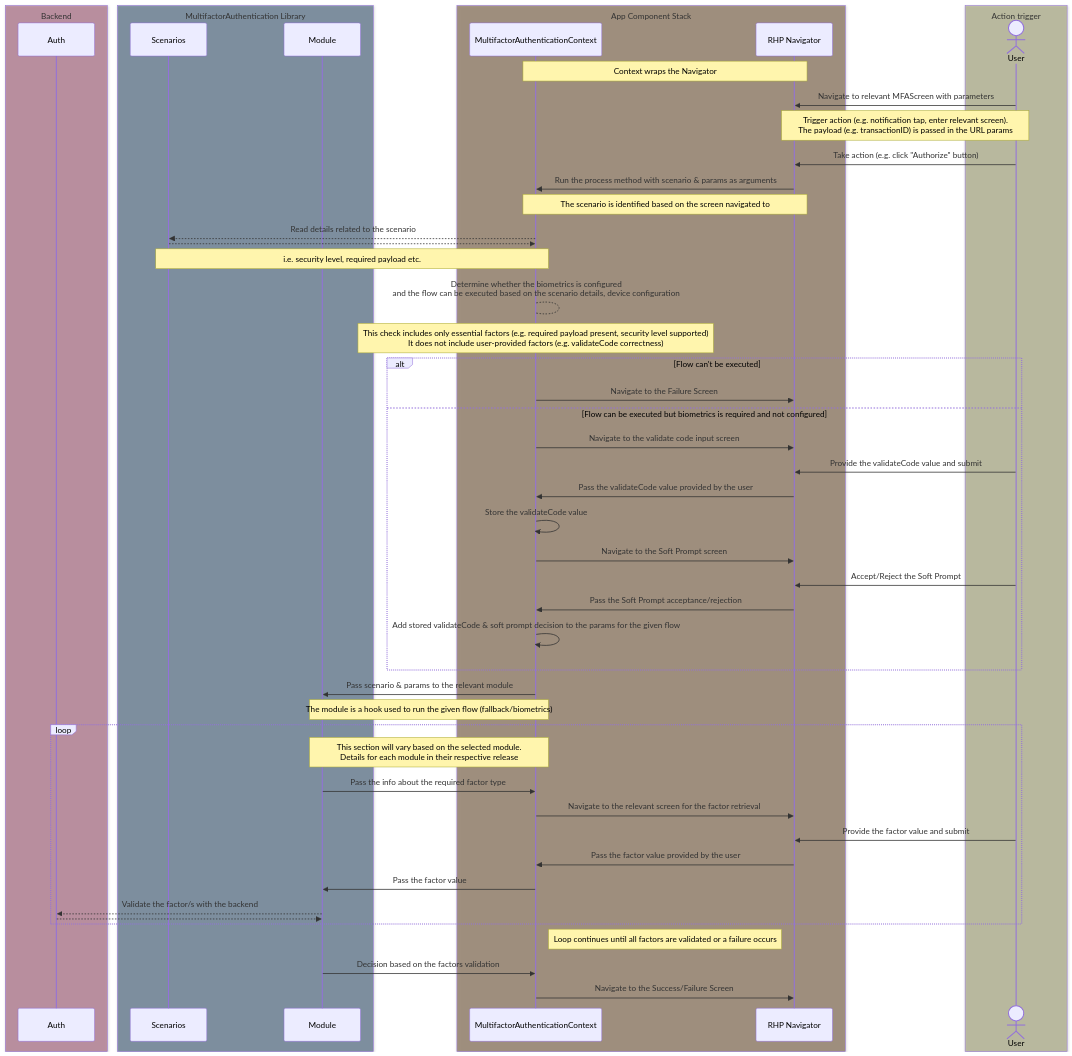
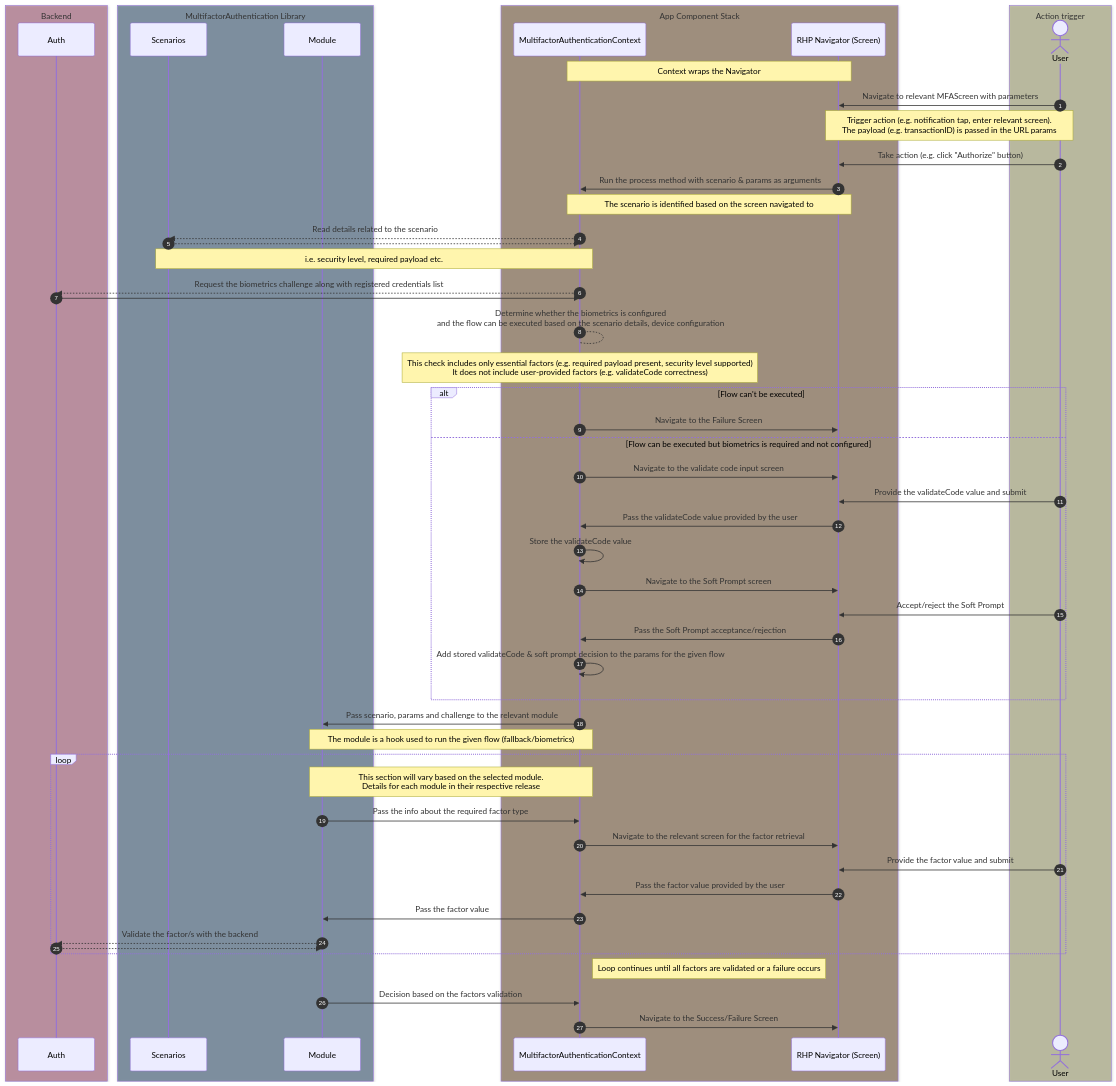
Before and after one commit to JakubKorytko/expensify-cards: the first of 6 diagrams in mermaid.md, drawn with Mermaid.

Commit message:
Update mermaid

````diff
--- a/mermaid.md
+++ b/mermaid.md
@@ -3,62 +3,64 @@
 ```mermaid
 sequenceDiagram
+    autonumber
     box rgba(150,66,99,0.5) Backend
         participant Server as Auth
     end
 
     box rgba(33,66,99,0.5) MultifactorAuthentication Library
         participant SC as Scenarios
         participant Module as Module
     end
 
     box rgba(99,66,33,0.5) App Component Stack
         participant MFACTX as MultifactorAuthenticationContext
-        participant RHPRHP as RHP Navigator
+        participant RHPRHP as RHP Navigator (Screen)
     end
 
 
     box rgba(150,150,99,0.5) Action trigger
         actor User
     end
 
     
     Note over MFACTX,RHPRHP: Context wraps the Navigator
     User->>RHPRHP: Navigate to relevant MFAScreen with parameters
     Note over User,RHPRHP: Trigger action (e.g. notification tap, enter relevant screen).<br />The payload (e.g. transactionID) is passed in the URL params
     User->>RHPRHP: Take action (e.g. click "Authorize" button)
-    
     RHPRHP->>MFACTX: Run the process method with scenario & params as arguments
         Note over RHPRHP,MFACTX: The scenario is identified based on the screen navigated to
     MFACTX-->>SC: Read details related to the scenario
     SC-->>MFACTX: ;
-        Note over MFACTX,SC: i.e. security level, required payload etc.
+        Note over MFACTX,SC: i.e. security level, required payload etc. 
+    MFACTX-->>Server: Request the biometrics challenge along with registered credentials list
+    Server->>MFACTX: ;
     MFACTX-->MFACTX: Determine whether the biometrics is configured<br /> and the flow can be executed based on the scenario details, device configuration
         Note over MFACTX: This check includes only essential factors (e.g. required payload present, security level supported) <br /> It does not include user-provided factors (e.g. validateCode correctness)
     alt Flow can't be executed
         MFACTX->>RHPRHP: Navigate to the Failure Screen
     else Flow can be executed but biometrics is required and not configured
         MFACTX->>RHPRHP: Navigate to the validate code input screen
         User->>RHPRHP: Provide the validateCode value and submit
         RHPRHP->>MFACTX: Pass the validateCode value provided by the user
         MFACTX->>MFACTX: Store the validateCode value
         MFACTX->>RHPRHP: Navigate to the Soft Prompt screen
-        User->>RHPRHP: Accept/Reject the Soft Prompt
+        User->>RHPRHP: Accept/reject the Soft Prompt
         RHPRHP->>MFACTX: Pass the Soft Prompt acceptance/rejection
         MFACTX->>MFACTX: Add stored validateCode & soft prompt decision to the params for the given flow
     end
-    MFACTX->>Module: Pass scenario & params to the relevant module
+    MFACTX->>Module: Pass scenario, params and challenge to the relevant module
         Note over MFACTX,Module: The module is a hook used to run the given flow (fallback/biometrics)
     loop
         Note over Module,MFACTX: This section will vary based on the selected module.<br />Details for each module in their respective release
         Module->>MFACTX: Pass the info about the required factor type
         MFACTX->>RHPRHP: Navigate to the relevant screen for the factor retrieval
         User->>RHPRHP: Provide the factor value and submit
         RHPRHP->>MFACTX: Pass the factor value provided by the user
         MFACTX->>Module: Pass the factor value
         Module-->>Server: Validate the factor/s with the backend
         Server-->>Module: ;
     end
         Note left of RHPRHP: Loop continues until all factors are validated or a failure occurs
     Module->>MFACTX: Decision based on the factors validation
     MFACTX->>RHPRHP: Navigate to the Success/Failure Screen
 ```
````
